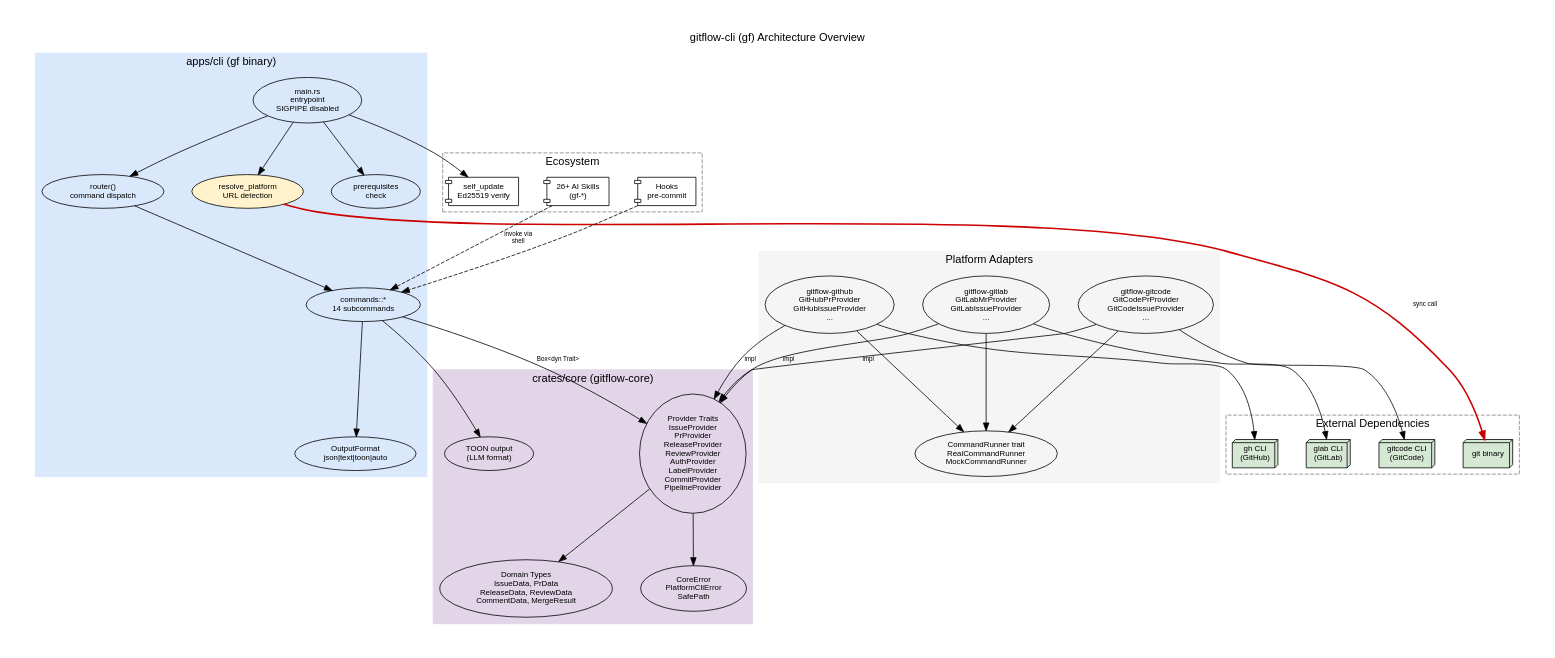
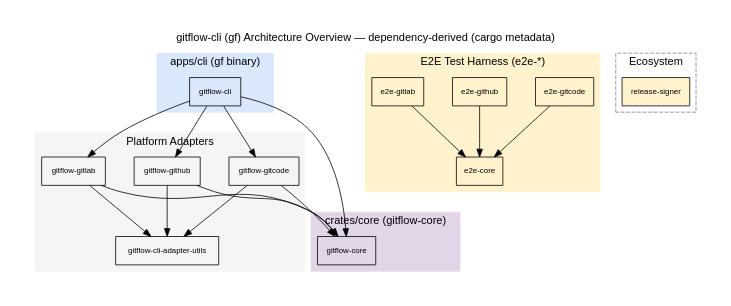
Before and after one commit to byx-darwin/gitflow-cli: the diagram in docs/architecture-diagram.dot, drawn with Graphviz. The commit also changed 466 other files, not shown here.

```diff
--- a/docs/architecture-diagram.dot
+++ b/docs/architecture-diagram.dot
@@ -1,94 +1,73 @@
 digraph gitflow_architecture {
     rankdir=TB;
     fontname="Helvetica";
-    node [fontname="Helvetica", fontsize=10];
+    node [fontname="Helvetica", fontsize=10, shape=box];
     edge [fontname="Helvetica", fontsize=8];
-    label="gitflow-cli (gf) Architecture Overview";
+    label="gitflow-cli (gf) Architecture Overview — dependency-derived (cargo metadata)";
     labelloc=t;
     fontsize=14;
     nodesep=0.5;
-    ranksep=0.8;
+    ranksep=0.9;
     pad=0.4;
 
     // ── CLI Layer ──
     subgraph cluster_cli {
         label="apps/cli (gf binary)";
         style=filled;
         color="#dae8fc";
-        main_rs [label="main.rs\nentrypoint\nSIGPIPE disabled"];
-        router [label="router()\ncommand dispatch"];
-        prereqs [label="prerequisites\ncheck"];
-        platform_detect [label="resolve_platform\nURL detection", style=filled, fillcolor="#fff2cc"];
-        commands [label="commands::*\n14 subcommands"];
-        output_fmt [label="OutputFormat\njson|text|toon|auto"];
+        "gitflow-cli" [fillcolor="#dae8fc", style=filled];
+    }
 
-        main_rs -> router;
-        main_rs -> platform_detect;
-        main_rs -> prereqs;
-        router -> commands;
-        commands -> output_fmt;
+    // ── Core Layer ──
+    subgraph cluster_core {
+        label="crates/core (gitflow-core)";
+        style=filled;
+        color="#e1d5e7";
+        "gitflow-core" [fillcolor="#e1d5e7", style=filled];
+    }
+
+    // ── Adapter Layer ──
+    subgraph cluster_adapters {
+        label="Platform Adapters";
+        style=filled;
+        color="#f5f5f5";
+        "gitflow-github" [fillcolor="#f5f5f5", style=filled];
+        "gitflow-gitlab" [fillcolor="#f5f5f5", style=filled];
+        "gitflow-gitcode" [fillcolor="#f5f5f5", style=filled];
+        "gitflow-cli-adapter-utils" [fillcolor="#f5f5f5", style=filled];
+    }
+
+    // ── E2E Test Harness ──
+    subgraph cluster_e2e {
+        label="E2E Test Harness (e2e-*)";
+        style=filled;
+        color="#fff2cc";
+        "e2e-core" [fillcolor="#fff2cc", style=filled];
+        "e2e-github" [fillcolor="#fff2cc", style=filled];
+        "e2e-gitlab" [fillcolor="#fff2cc", style=filled];
+        "e2e-gitcode" [fillcolor="#fff2cc", style=filled];
     }
 
     // ── Ecosystem ──
     subgraph cluster_ecosystem {
         label="Ecosystem";
         style=dashed;
         color=gray;
-        skills [label="26+ AI Skills\n(gf-*)", shape=component];
-        hooks [label="Hooks\npre-commit", shape=component];
-        self_update [label="self_update\nEd25519 verify", shape=component];
+        "release-signer" [shape=box, fillcolor="#fff2cc", style=filled];
     }
 
-    // ─ Core Layer ──
-    subgraph cluster_core {
-        label="crates/core (gitflow-core)";
-        style=filled;
-        color="#e1d5e7";
-        traits [label="Provider Traits\nIssueProvider\nPrProvider\nReleaseProvider\nReviewProvider\nAuthProvider\nLabelProvider\nCommitProvider\nPipelineProvider"];
-        domain [label="Domain Types\nIssueData, PrData\nReleaseData, ReviewData\nCommentData, MergeResult"];
-        errors [label="CoreError\nPlatformCliError\nSafePath"];
-        toon [label="TOON output\n(LLM format)"];
-
-        traits -> domain;
-        traits -> errors;
-    }
-
-    // ─ Adapter Layer ──
-    subgraph cluster_adapters {
-        label="Platform Adapters";
-        style=filled;
-        color="#f5f5f5";
-        github_adapter [label="gitflow-github\nGitHubPrProvider\nGitHubIssueProvider\n..."];
-        gitlab_adapter [label="gitflow-gitlab\nGitLabMrProvider\nGitLabIssueProvider\n..."];
-        gitcode_adapter [label="gitflow-gitcode\nGitCodePrProvider\nGitCodeIssueProvider\n..."];
-        runner_trait [label="CommandRunner trait\nRealCommandRunner\nMockCommandRunner"];
-    }
-
-    // ── External Dependencies ──
-    subgraph cluster_external {
-        label="External Dependencies";
-        style=dashed;
-        color=gray;
-        gh [label="gh CLI\n(GitHub)", shape=box3d, style=filled, fillcolor="#d5e8d4"];
-        glab [label="glab CLI\n(GitLab)", shape=box3d, style=filled, fillcolor="#d5e8d4"];
-        gitcode_cli [label="gitcode CLI\n(GitCode)", shape=box3d, style=filled, fillcolor="#d5e8d4"];
-        git_bin [label="git binary", shape=box3d, style=filled, fillcolor="#d5e8d4"];
-    }
-
-    // ── Main Dependency Edges ──
-    commands -> traits [label="Box<dyn Trait>"];
-    commands -> toon;
-    github_adapter -> traits [label="impl"];
-    gitlab_adapter -> traits [label="impl"];
-    gitcode_adapter -> traits [label="impl"];
-    github_adapter -> runner_trait;
-    gitlab_adapter -> runner_trait;
-    gitcode_adapter -> runner_trait;
-    github_adapter -> gh;
-    gitlab_adapter -> glab;
-    gitcode_adapter -> gitcode_cli;
-    platform_detect -> git_bin [label="sync call", style=bold, color="#cc0000"];
-    skills -> commands [label="invoke via\nshell", style=dashed];
-    hooks -> commands [style=dashed];
-    main_rs -> self_update;
+    // ── Real dependency edges (cargo metadata --no-deps) ──
+    "gitflow-cli" -> "gitflow-core";
+    "gitflow-cli" -> "gitflow-gitcode";
+    "gitflow-cli" -> "gitflow-github";
+    "gitflow-cli" -> "gitflow-gitlab";
+    "gitflow-gitcode" -> "gitflow-cli-adapter-utils";
+    "gitflow-gitcode" -> "gitflow-core";
+    "gitflow-github" -> "gitflow-cli-adapter-utils";
+    "gitflow-github" -> "gitflow-core";
+    "gitflow-gitlab" -> "gitflow-cli-adapter-utils";
+    "gitflow-gitlab" -> "gitflow-core";
+    "e2e-gitcode" -> "e2e-core";
+    "e2e-github" -> "e2e-core";
+    "e2e-gitlab" -> "e2e-core";
 }
```
